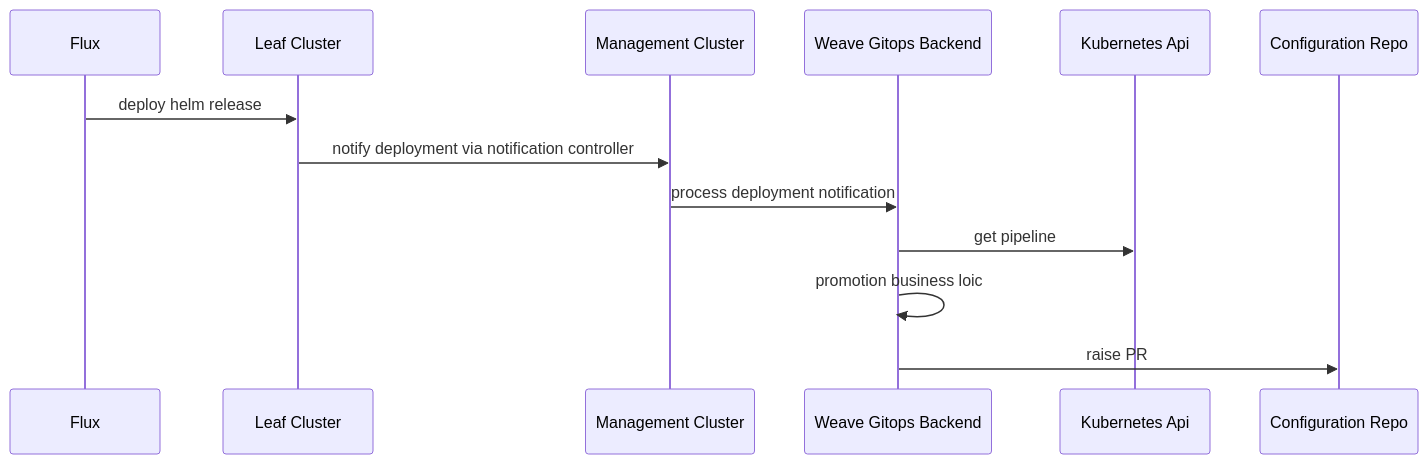
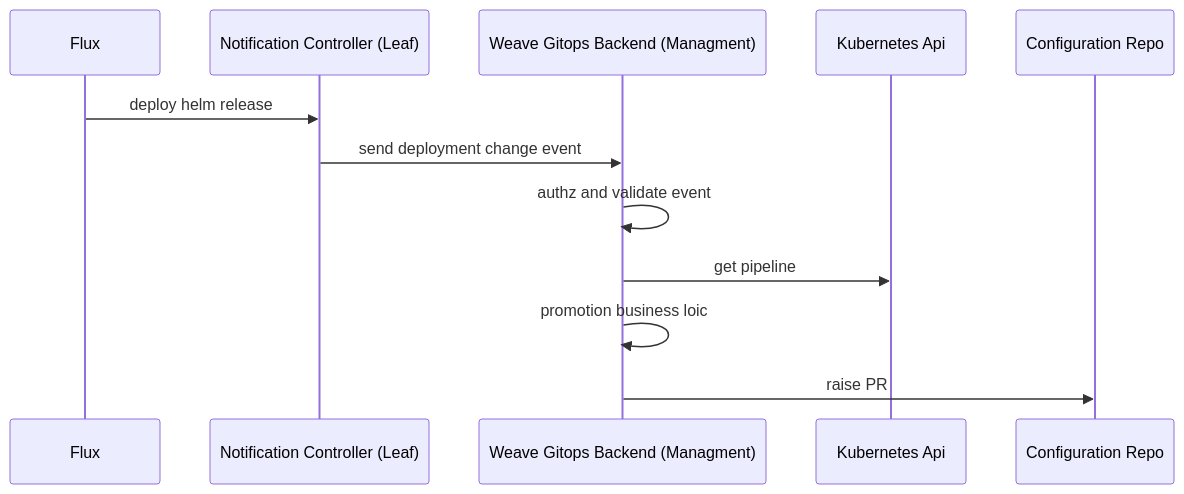
Before and after one commit to weaveworks/weave-gitops-private: the second of 4 diagrams in docs/rfcs/0003-pipelines-promotion/README.md, drawn with Mermaid. The commit also changed other lines of this file, not shown here.

````diff
--- a/docs/rfcs/0003-pipelines-promotion/README.md
+++ b/docs/rfcs/0003-pipelines-promotion/README.md
@@ -141,16 +141,15 @@
 ```mermaid
    sequenceDiagram
     participant F as Flux
-    participant LC as Leaf Cluster
-    participant MC as Management Cluster
+    participant LC as Notification Controller (Leaf)
     F->>LC: deploy helm release
-    LC->>MC: notify deployment via notification controller    
-    MC->>WGE: process deployment notification
-    participant WGE as Weave Gitops Backend
+    LC->>wge: send deployment change event
+    participant wge as Weave Gitops Backend (Managment)
+    wge->>wge: authz and validate event
     participant k8s as Kubernetes Api
-    WGE->>k8s: get pipeline
-    WGE->>WGE: promotion business loic
+    wge->>k8s: get pipeline
+    wge->>wge: promotion business loic
     participant k8s as Kubernetes Api
-    WGE->>configRepo: raise PR
+    wge->>configRepo: raise PR
     participant configRepo as Configuration Repo
 ```
````
